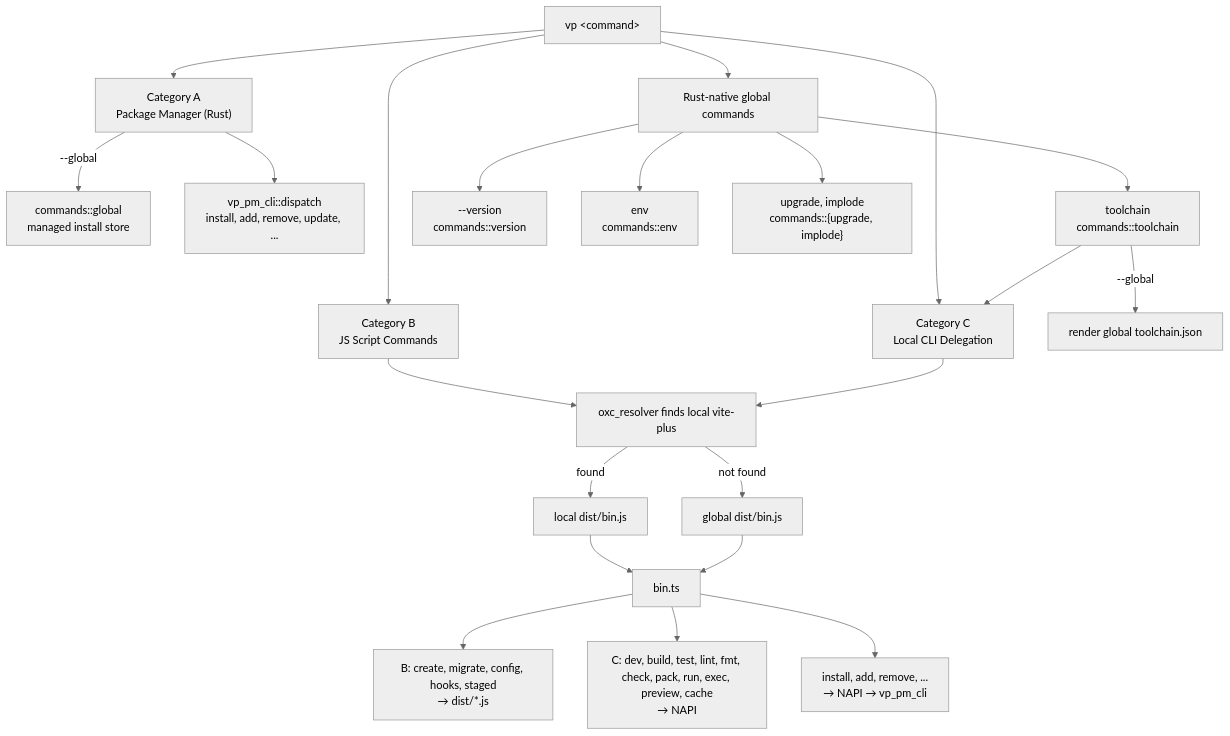
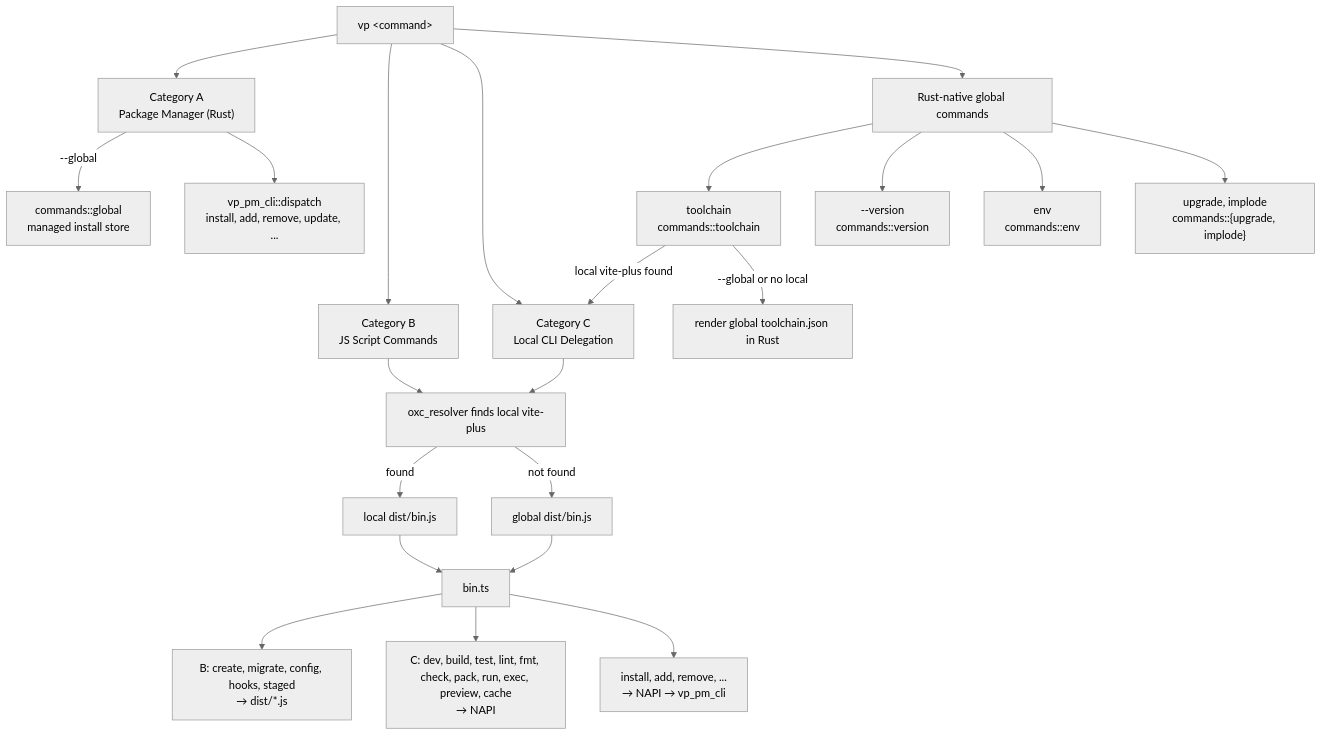
The diagram in rfcs/merge-global-and-local-cli.md (voidzero-dev/vite-plus), drawn with Mermaid (neutral theme) before and after one commit. The commit also changed other lines of this file, not shown here.

Commit message:
docs(rfcs): show toolchain's Rust fallback when no local CLI exists
commands::toolchain only delegates when a local vite-plus resolves; with
--global or no local install it renders the global manifest in Rust.

````diff
--- a/rfcs/merge-global-and-local-cli.md
+++ b/rfcs/merge-global-and-local-cli.md
@@ -113,29 +113,29 @@
 ```mermaid
 flowchart TD
     vp["vp &lt;command&gt;"]
 
     vp --> A["Category A<br/>Package Manager (Rust)"]
     vp --> B["Category B<br/>JS Script Commands"]
     vp --> C["Category C<br/>Local CLI Delegation"]
     vp --> G["Rust-native global commands"]
 
     A -->|"--global"| managed["commands::global<br/>managed install store"]
     A --> pm["vp_pm_cli::dispatch<br/>install, add, remove, update, ..."]
 
     B --> resolve
     C --> resolve["oxc_resolver finds local vite-plus"]
     resolve -->|found| localBin["local dist/bin.js"]
     resolve -->|not found| globalBin["global dist/bin.js"]
     localBin --> binTs
     globalBin --> binTs["bin.ts"]
     binTs --> js["B: create, migrate, config, hooks, staged<br/>→ dist/*.js"]
     binTs --> napi["C: dev, build, test, lint, fmt, check, pack, run, exec, preview, cache<br/>→ NAPI"]
     binTs --> napiPm["install, add, remove, ...<br/>→ NAPI → vp_pm_cli"]
 
     G --> toolchain["toolchain<br/>commands::toolchain"]
-    toolchain -->|"--global"| manifest["render global toolchain.json"]
-    toolchain --> C
+    toolchain -->|"local vite-plus found"| C
+    toolchain -->|"--global or no local"| manifest["render global toolchain.json in Rust"]
     G --> version["--version<br/>commands::version"]
     G --> env["env<br/>commands::env"]
     G --> selfmgmt["upgrade, implode<br/>commands::{upgrade, implode}"]
 ```
````
